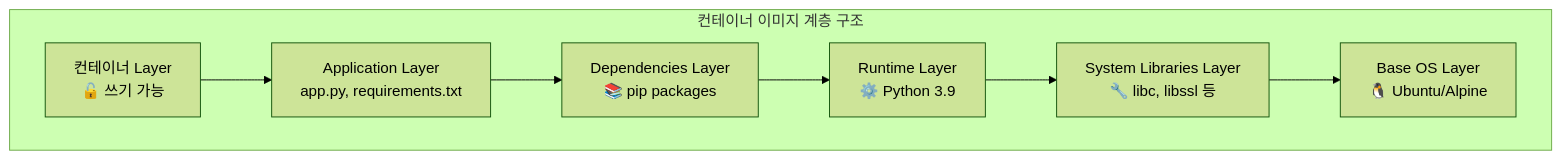
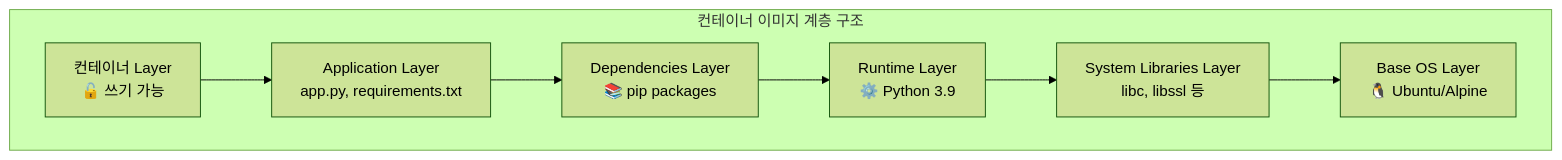
Before and after one commit to juwon8891/juwon8891.github.io: diagram 29 of 41 in docs/cicd/week1-image-build.md, drawn with Mermaid (forest theme). The commit also changed other lines of this file and 29 other files, not shown here.

````diff
--- a/docs/cicd/week1-image-build.md
+++ b/docs/cicd/week1-image-build.md
@@ -1907,19 +1911,19 @@
 ```mermaid
 graph TB
     subgraph "컨테이너 이미지 계층 구조"
         WRITABLE[컨테이너 Layer<br/>🔓 쓰기 가능]
         APP[Application Layer<br/>app.py, requirements.txt]
         DEPS[Dependencies Layer<br/>📚 pip packages]
         RUNTIME[Runtime Layer<br/>⚙️ Python 3.9]
-        LIBS[System Libraries Layer<br/>🔧 libc, libssl 등]
+        LIBS[System Libraries Layer<br/>libc, libssl 등]
         BASE[Base OS Layer<br/>🐧 Ubuntu/Alpine]
 
         WRITABLE --> APP
         APP --> DEPS
         DEPS --> RUNTIME
         RUNTIME --> LIBS
         LIBS --> BASE
 
     end
 
 ```
````
